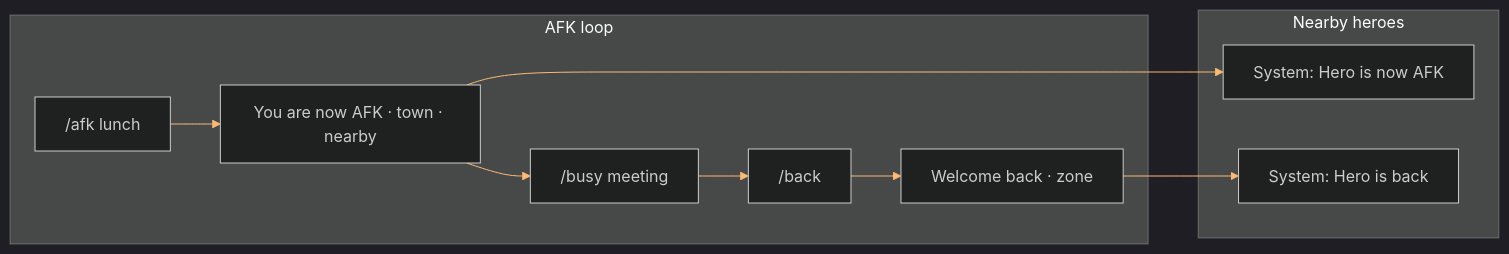
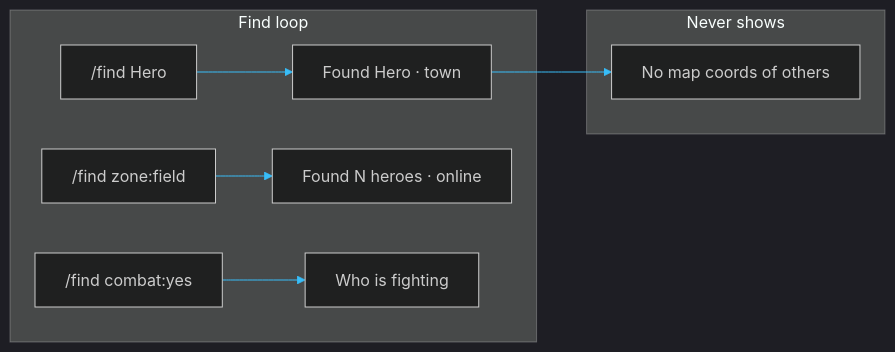
The second of 8 diagrams in README.md (00xnova/dq1_mmo), drawn with Mermaid before and after one commit. The commit also changed other lines of this file and 3 other files, not shown here.

````diff
--- a/README.md
+++ b/README.md
@@ -248,14 +250,12 @@
 ```mermaid
-%%{init: {'theme': 'dark', 'themeVariables': { 'primaryColor': '#7c2d12', 'primaryTextColor': '#ffedd5', 'lineColor': '#fdba74', 'secondaryColor': '#1e293b'}}}%%
+%%{init: {'theme': 'dark', 'themeVariables': { 'primaryColor': '#0c4a6e', 'primaryTextColor': '#e0f2fe', 'lineColor': '#38bdf8', 'secondaryColor': '#1e293b'}}}%%
 flowchart LR
-  subgraph afk ["AFK loop"]
-    A["/afk lunch"] --> B["You are now AFK · town · nearby"]
-    B --> C["/busy meeting"]
-    C --> D["/back"]
-    D --> E["Welcome back · zone"]
+  subgraph find ["Find loop"]
+    F1["/find Hero"] --> F2["Found Hero · town"]
+    F3["/find zone:field"] --> F4["Found N heroes · online"]
+    F5["/find combat:yes"] --> F6["Who is fighting"]
   end
-  subgraph peers ["Nearby heroes"]
-    B --> N["System: Hero is now AFK"]
-    E --> N2["System: Hero is back"]
+  subgraph safe ["Never shows"]
+    F2 --> X["No map coords of others"]
   end
 ```
````
